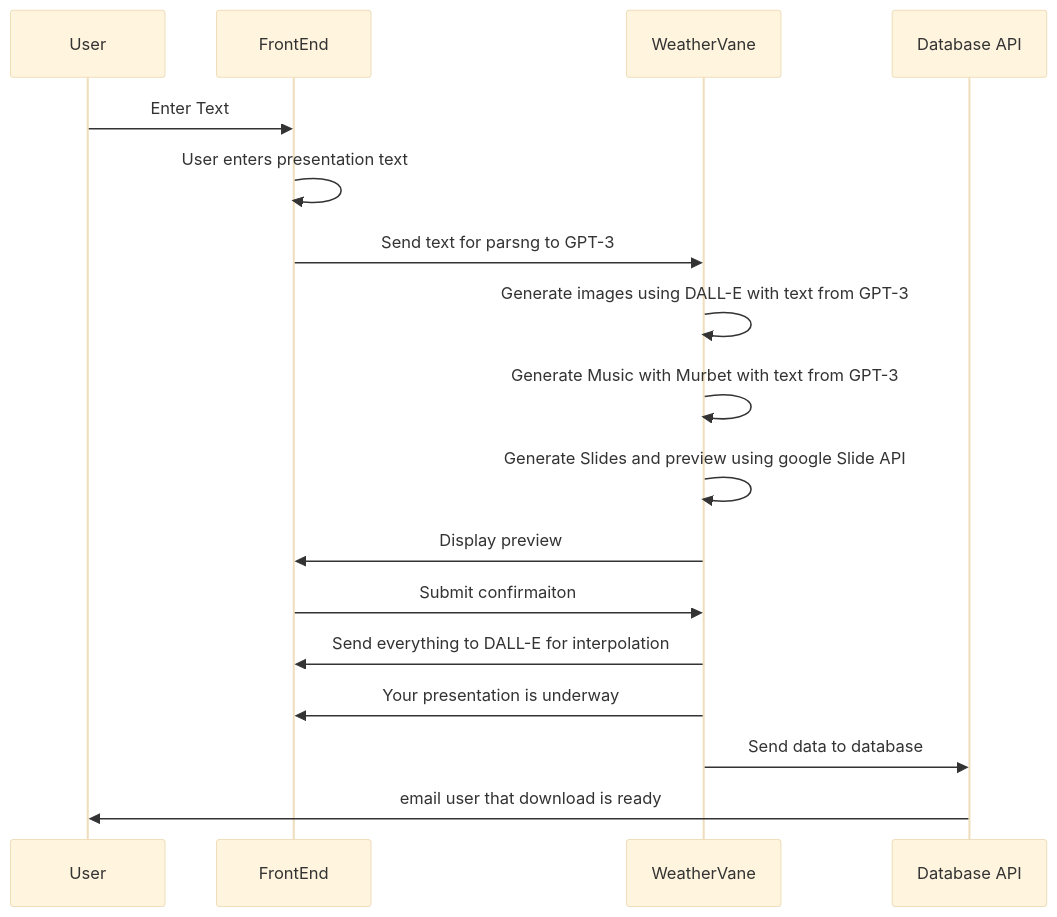
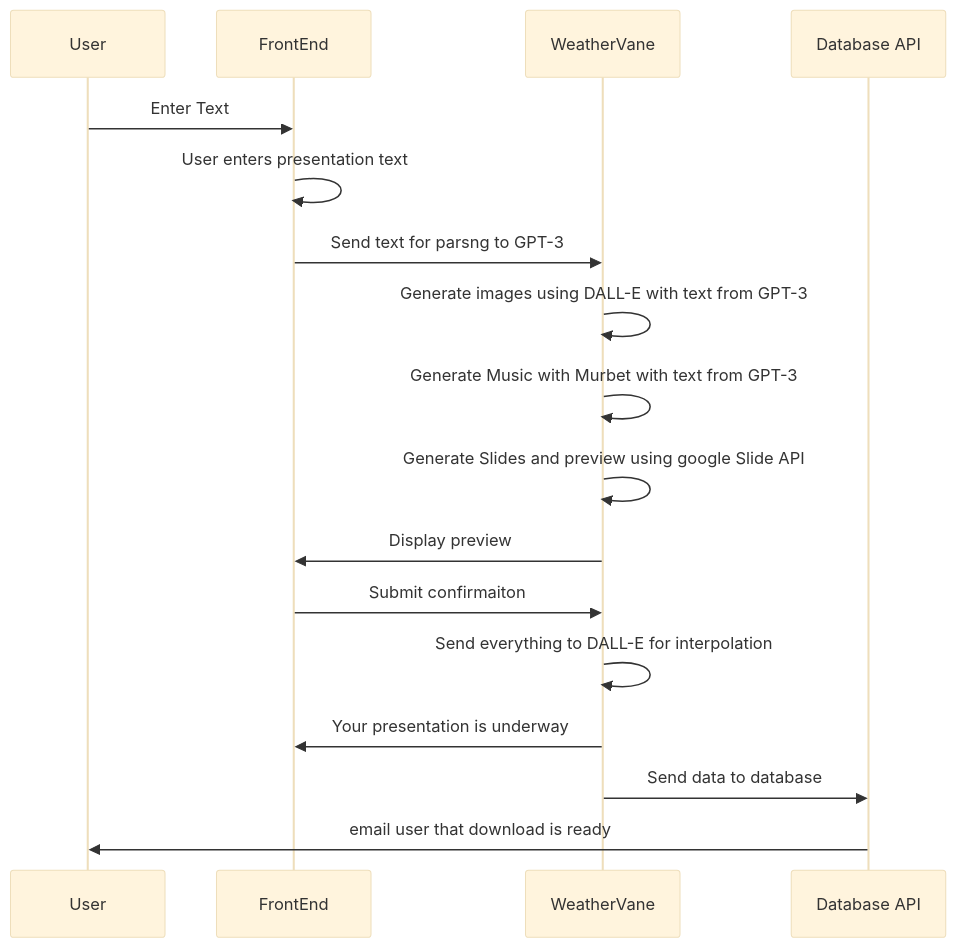
Before and after one commit to Tex6298/Weather_Vane: the diagram in README.md, drawn with Mermaid (base theme).

````diff
--- a/README.md
+++ b/README.md
@@ -31,19 +31,19 @@
 ```mermaid
 sequenceDiagram
     participant User
     participant FrontEnd
     participant WeatherVane
     participant Database API
     User->>FrontEnd: Enter Text
     FrontEnd->>FrontEnd: User enters presentation text
     FrontEnd->>WeatherVane: Send text for parsng to GPT-3
     WeatherVane->>WeatherVane:Generate images using DALL-E with text from GPT-3
     WeatherVane->>WeatherVane: Generate Music with Murbet with text from GPT-3
     WeatherVane->>WeatherVane: Generate Slides and preview using google Slide API
     WeatherVane->>FrontEnd: Display preview
     FrontEnd->>WeatherVane: Submit confirmaiton
-    WeatherVane->>FrontEnd: Send everything to DALL-E for interpolation
+    WeatherVane->>WeatherVane: Send everything to DALL-E for interpolation
     WeatherVane->>FrontEnd: Your presentation is underway
     WeatherVane->>Database API: Send data to database
     Database API->>User: email user that download is ready
 ```
````
